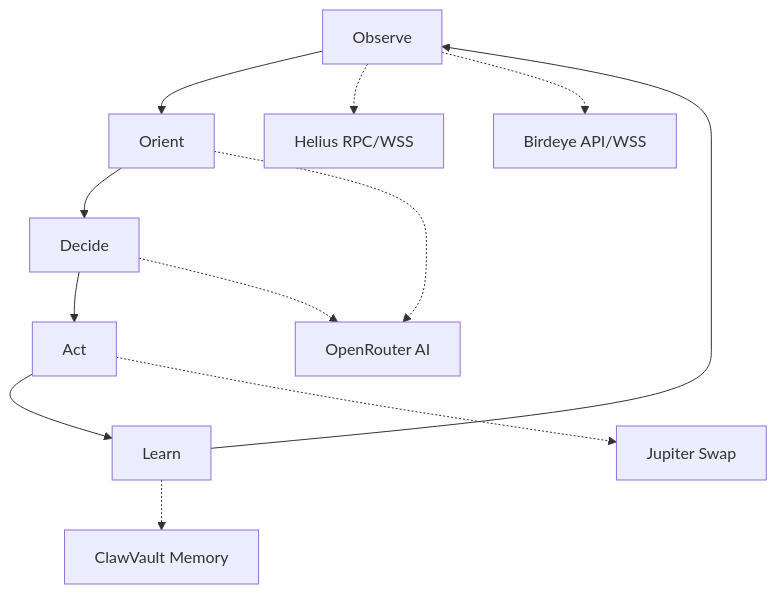
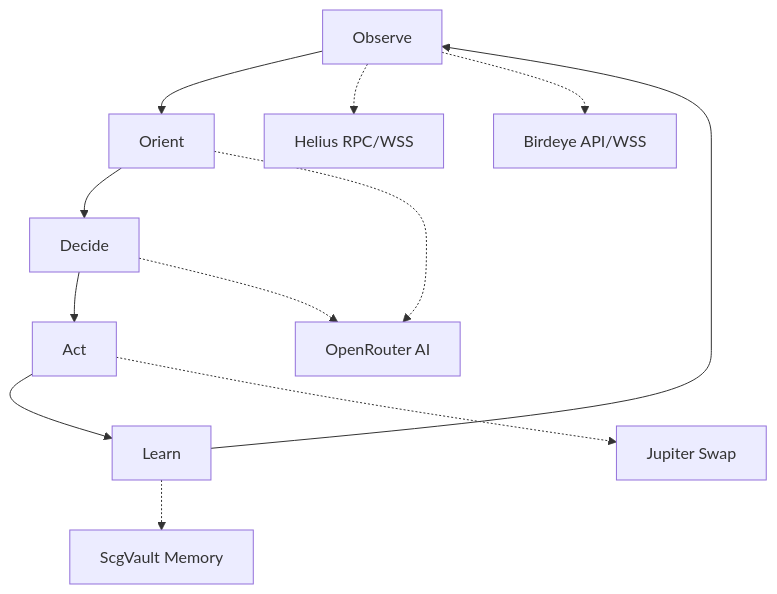
One commit to x402agent/NanoSolana changed the diagram in nano-docs/concepts/agent-loop.md. Above: the diagram before and after it, drawn with Mermaid. The commit also changed other lines of this file and 100 other files, not shown here.

````diff
--- a/nano-docs/concepts/agent-loop.md
+++ b/nano-docs/concepts/agent-loop.md
@@ -21,15 +21,15 @@
 ```mermaid
 graph TD
     A[Observe] --> B[Orient]
     B --> C[Decide]
     C --> D[Act]
     D --> E[Learn]
     E --> A
 
     A -.-> F[Helius RPC/WSS]
     A -.-> G[Birdeye API/WSS]
     B -.-> H[OpenRouter AI]
     C -.-> H
     D -.-> I[Jupiter Swap]
-    E -.-> J[ClawVault Memory]
+    E -.-> J[ScgVault Memory]
 ```
````
